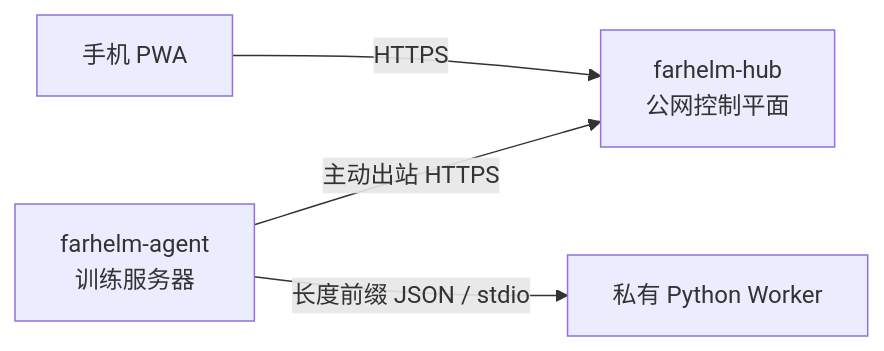
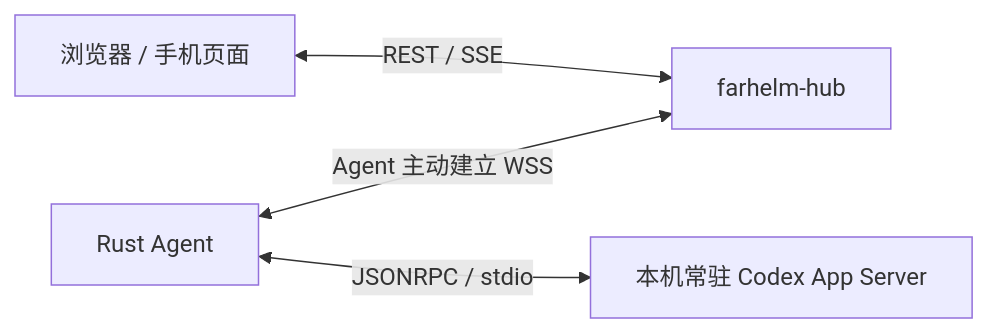
One commit to Xiiiing/FarHelm changed the diagram in README.md. Above: the diagram before and after it, drawn with Mermaid. The commit also changed other lines of this file and 88 other files, not shown here.

````diff
--- a/README.md
+++ b/README.md
@@ -136,6 +146,6 @@
 ```mermaid
 flowchart LR
-    Phone["手机 PWA"] -->|"HTTPS"| Hub["farhelm-hub<br/>公网控制平面"]
-    Agent["farhelm-agent<br/>训练服务器"] -->|"主动出站 HTTPS"| Hub
-    Agent -->|"长度前缀 JSON / stdio"| Worker["私有 Python Worker"]
+    Browser["浏览器 / 手机页面"] <-->|"REST / SSE"| Hub["farhelm-hub"]
+    Agent["Rust Agent"] <-->|"Agent 主动建立 WSS"| Hub
+    Agent <-->|"JSONRPC / stdio"| Codex["本机常驻 Codex App Server"]
 ```
````
